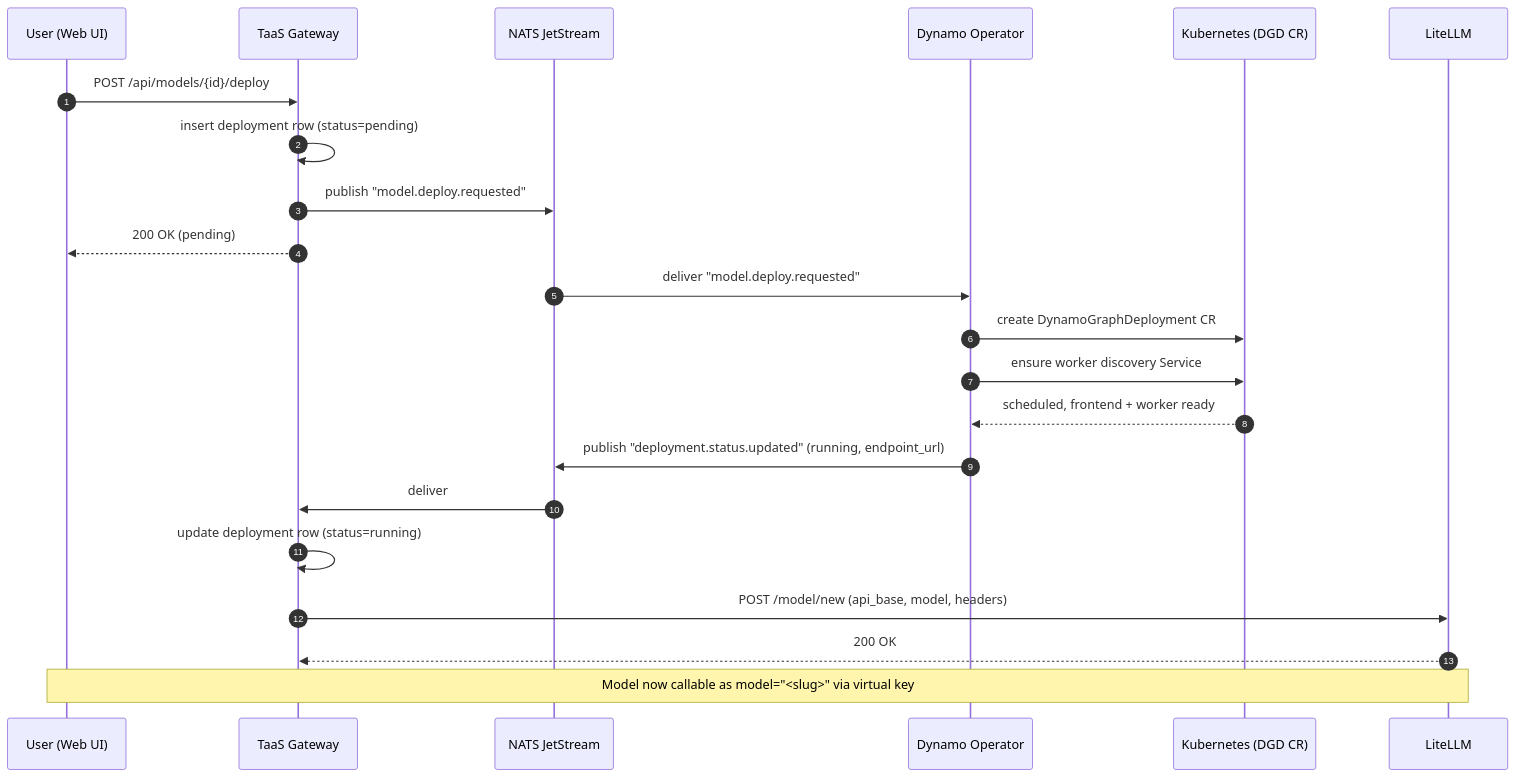
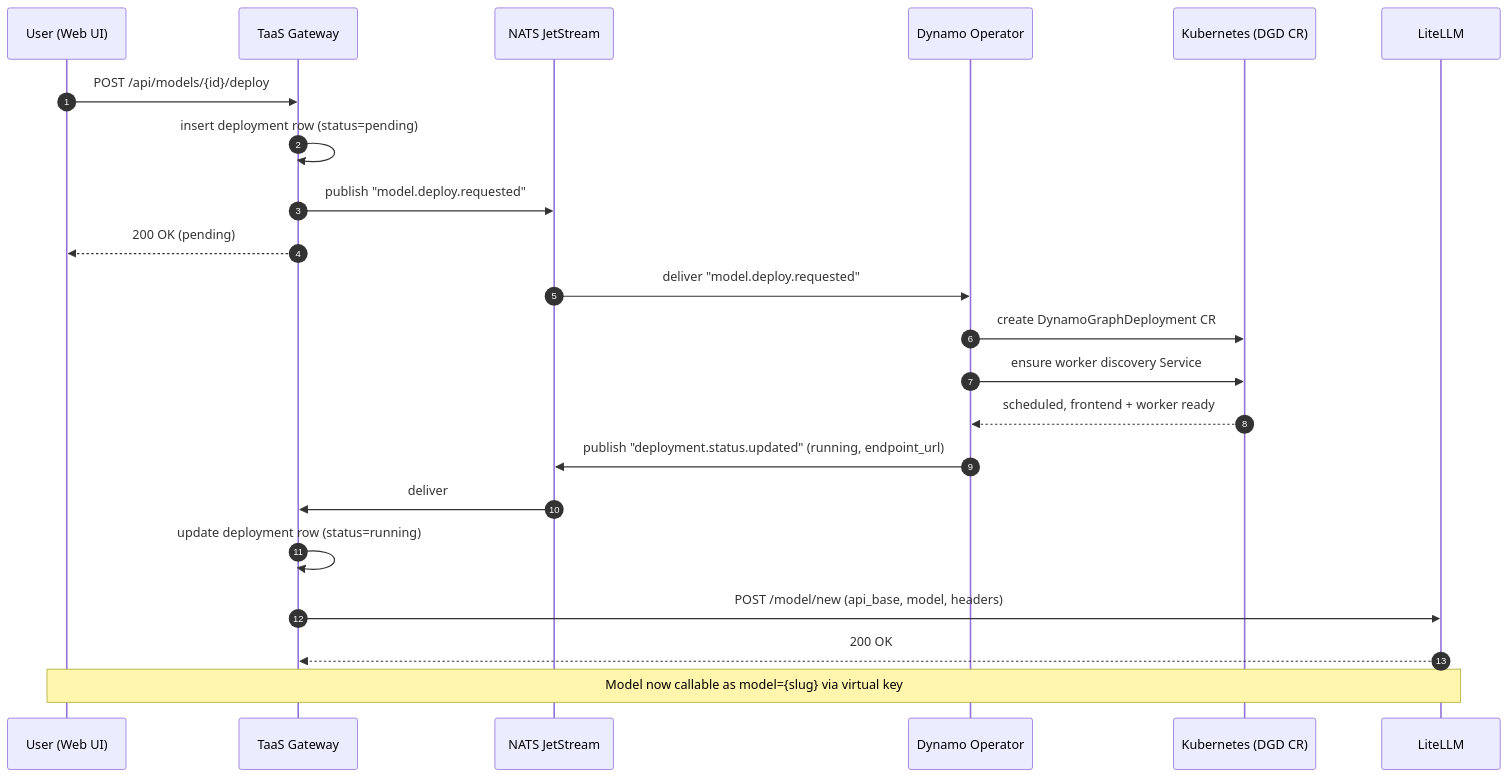
The second of 3 diagrams in README.md (kangclzjc/taas), drawn with Mermaid before and after one commit. The commit also changed other lines of this file, not shown here.

First line of the commit message:
docs: fix mermaid render error from HTML-entity angle brackets

````diff
--- a/README.md
+++ b/README.md
@@ -82,27 +82,27 @@
 ```mermaid
 sequenceDiagram
     autonumber
     participant U as User (Web UI)
     participant GW as TaaS Gateway
     participant N as NATS JetStream
     participant OP as Dynamo Operator
     participant K as Kubernetes (DGD CR)
     participant LL as LiteLLM
 
     U->>GW: POST /api/models/{id}/deploy
     GW->>GW: insert deployment row (status=pending)
     GW->>N: publish "model.deploy.requested"
     GW-->>U: 200 OK (pending)
 
     N->>OP: deliver "model.deploy.requested"
     OP->>K: create DynamoGraphDeployment CR
     OP->>K: ensure worker discovery Service
     K-->>OP: scheduled, frontend + worker ready
 
     OP->>N: publish "deployment.status.updated" (running, endpoint_url)
     N->>GW: deliver
     GW->>GW: update deployment row (status=running)
     GW->>LL: POST /model/new (api_base, model, headers)
     LL-->>GW: 200 OK
-    Note over U,LL: Model now callable as model="<slug>" via virtual key
+    Note over U,LL: Model now callable as model={slug} via virtual key
 ```
````
